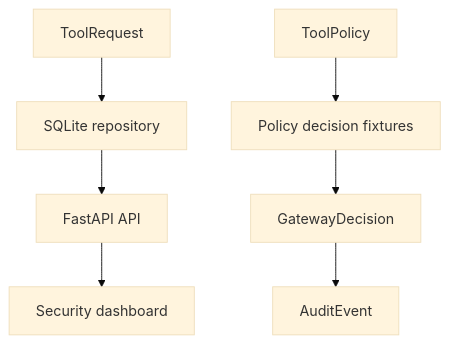
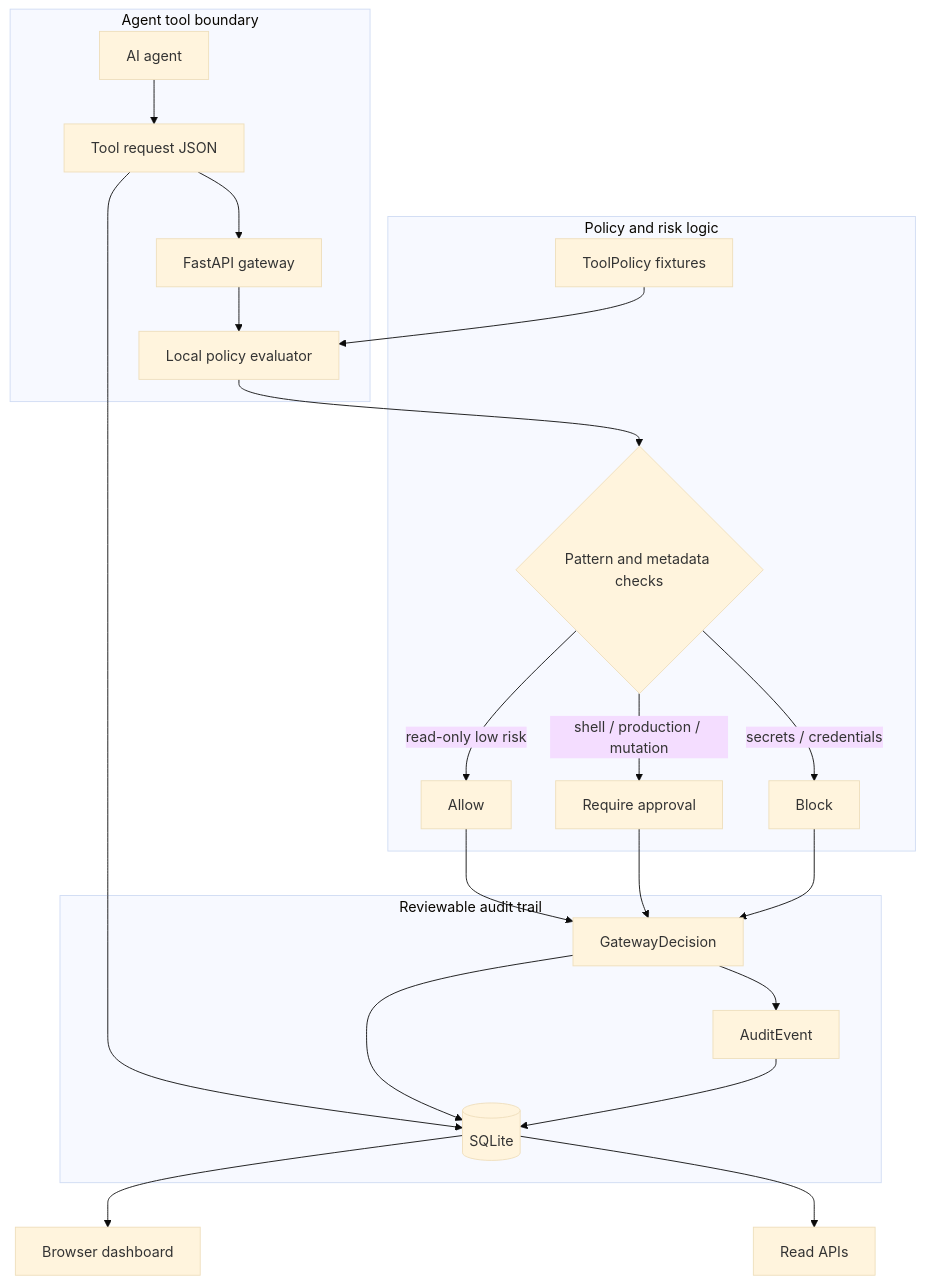
Before and after one commit to lord-dubious/mcp-security-gateway: the diagram in docs/ARCHITECTURE.md, drawn with Mermaid (base theme). The commit also changed other lines of this file and 2 other files, not shown here.

Commit message:
docs: explain MCP policy evaluation flow

````diff
--- a/docs/ARCHITECTURE.md
+++ b/docs/ARCHITECTURE.md
@@ -3,9 +3,29 @@
 ```mermaid
 flowchart TB
-    Request[ToolRequest] --> Repo[SQLite repository]
-    Policy[ToolPolicy] --> Engine[Policy decision fixtures]
-    Engine --> Decision[GatewayDecision]
-    Decision --> Audit[AuditEvent]
-    Repo --> API[FastAPI API]
-    API --> UI[Security dashboard]
+    subgraph AgentBoundary[Agent tool boundary]
+        Agent[AI agent] --> Request[Tool request JSON]
+        Request --> API[FastAPI gateway]
+        API --> Evaluator[Local policy evaluator]
+    end
+
+    subgraph PolicyLayer[Policy and risk logic]
+        Policies[ToolPolicy fixtures] --> Evaluator
+        Evaluator --> Match{Pattern and metadata checks}
+        Match -->|read-only low risk| Allow[Allow]
+        Match -->|shell / production / mutation| Approval[Require approval]
+        Match -->|secrets / credentials| Block[Block]
+    end
+
+    subgraph Persistence[Reviewable audit trail]
+        Allow --> Decision[GatewayDecision]
+        Approval --> Decision
+        Block --> Decision
+        Decision --> Audit[AuditEvent]
+        Request --> Store[(SQLite)]
+        Decision --> Store
+        Audit --> Store
+    end
+
+    Store --> Dashboard[Browser dashboard]
+    Store --> APIRead[Read APIs]
 ```
````
